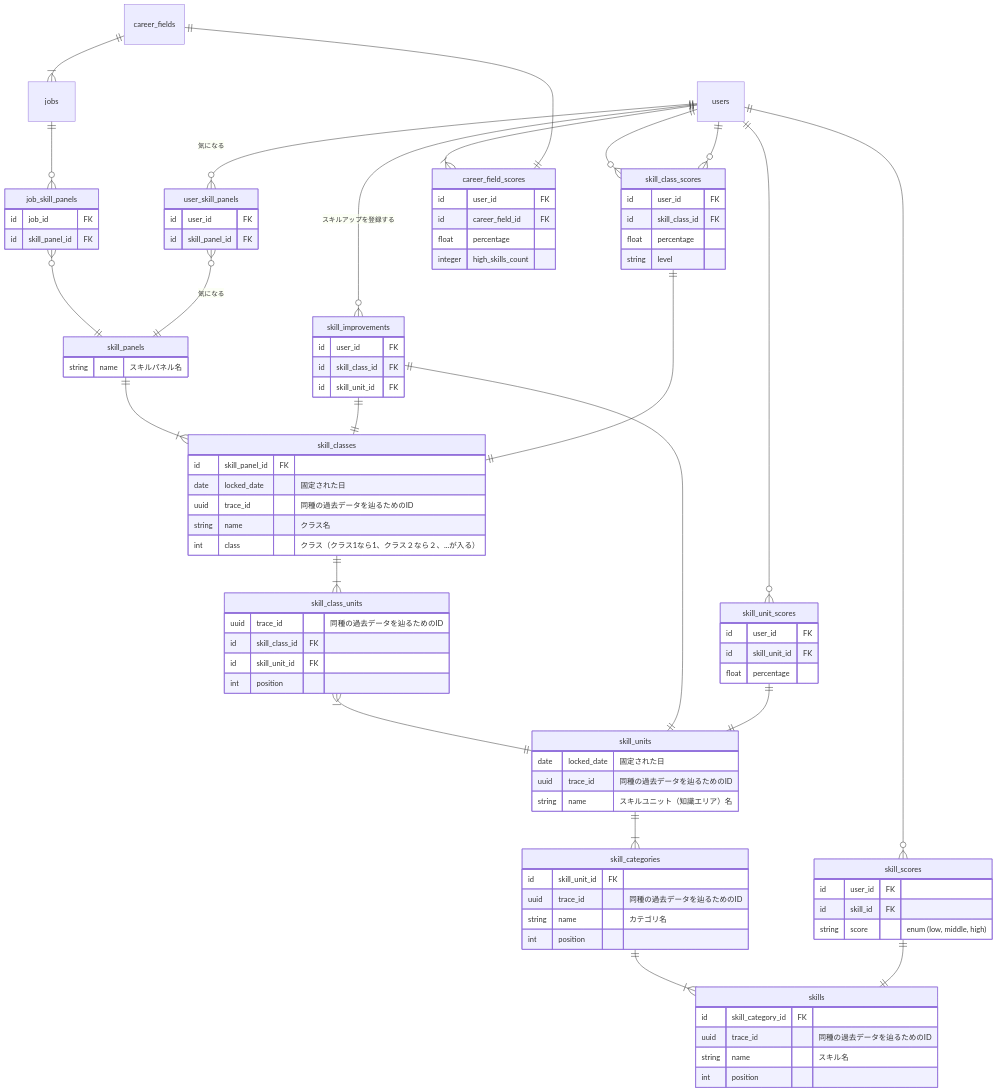
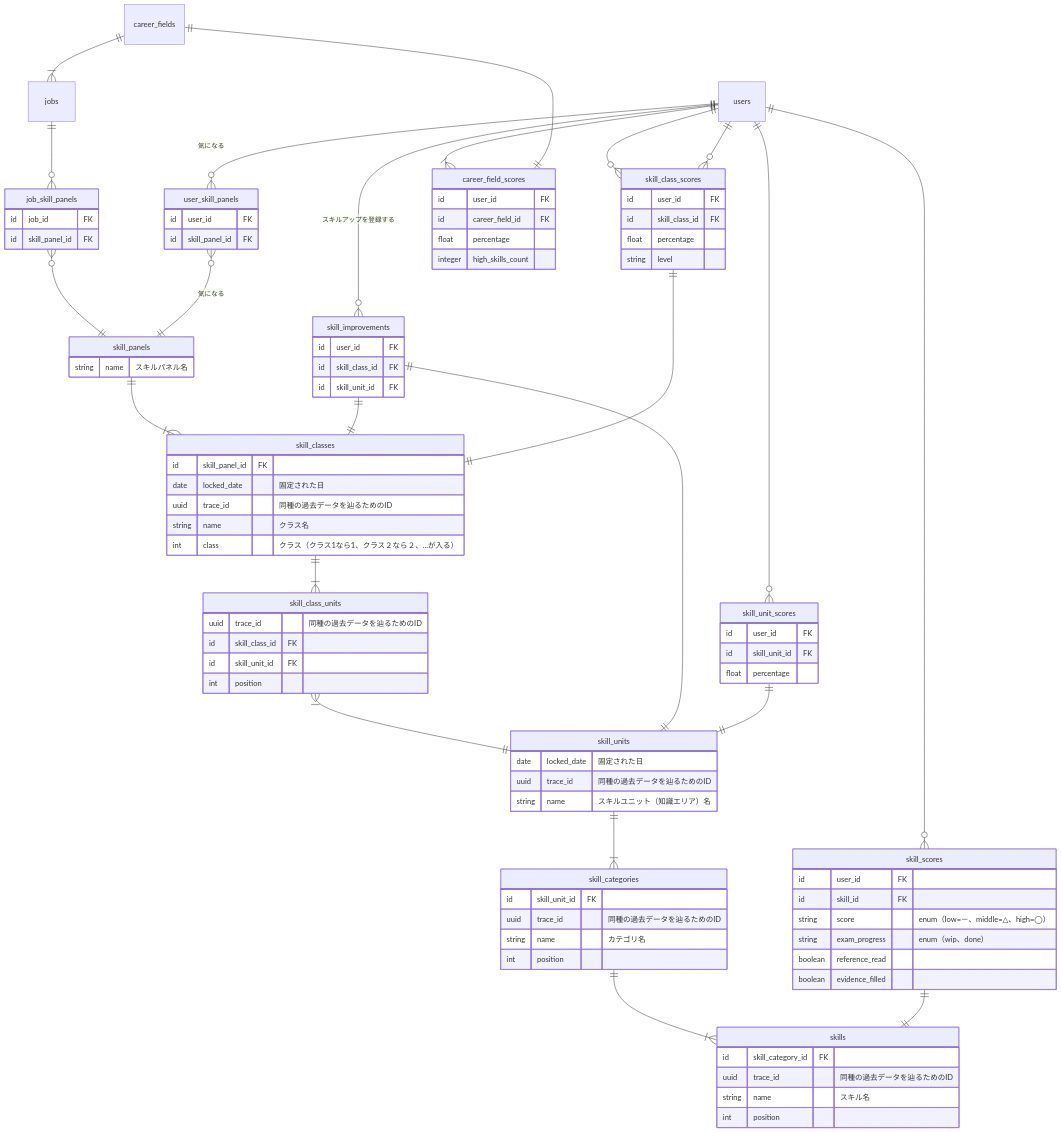
One commit to bright-org/bright changed the second of 3 diagrams in docs/logics/update_skill_panels.md. Above: the diagram before and after it, drawn with Mermaid. The commit also changed other lines of this file and 4 other files, not shown here.

```diff
--- a/docs/logics/update_skill_panels.md
+++ b/docs/logics/update_skill_panels.md
@@ -177,7 +177,10 @@
   skill_scores {
     id user_id FK
     id skill_id FK
-    string score "enum (low, middle, high)"
+    string score "enum（low=－、middle=△、high=◯）"
+    string exam_progress "enum（wip、done）"
+    boolean reference_read
+    boolean evidence_filled
   }
 
   career_field_scores {
```
